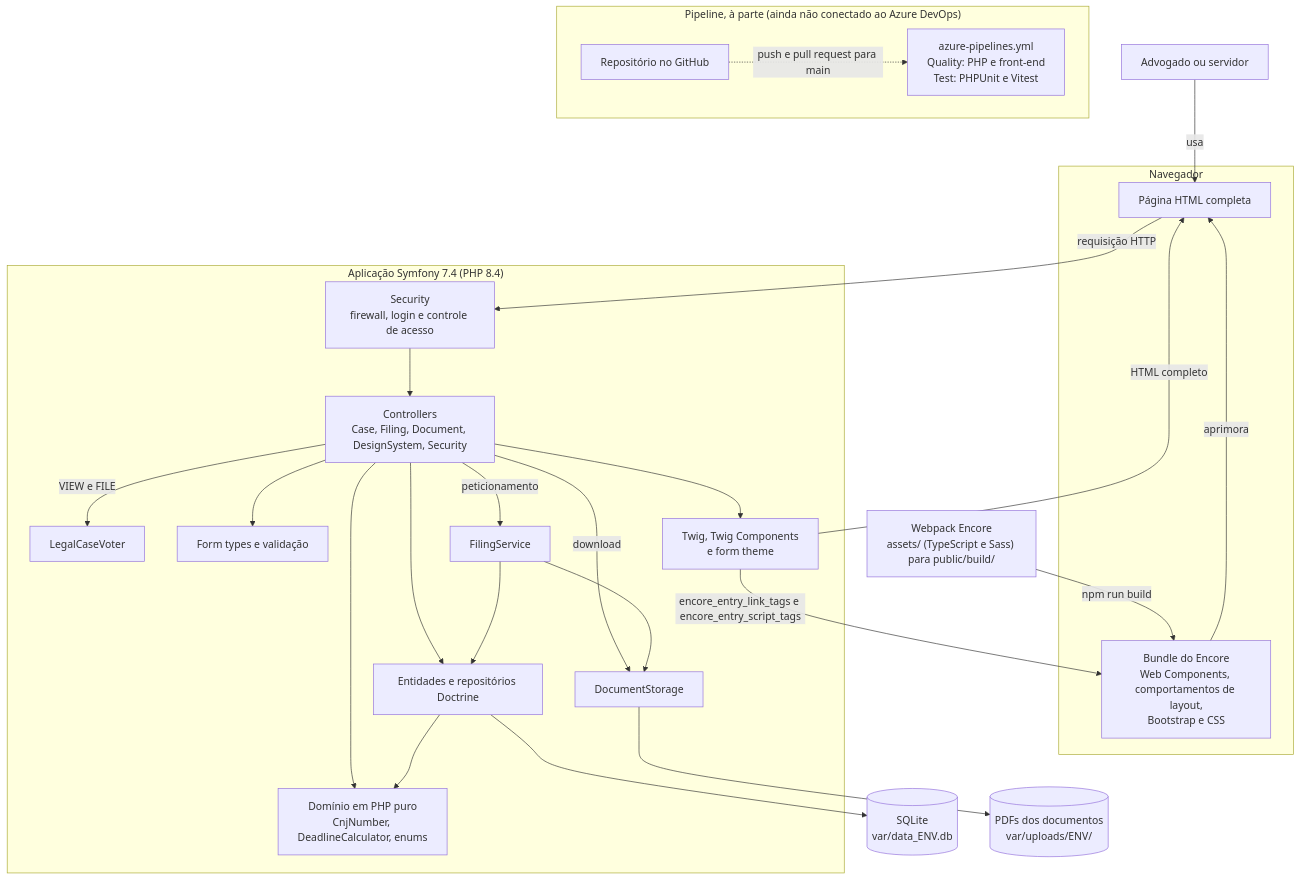
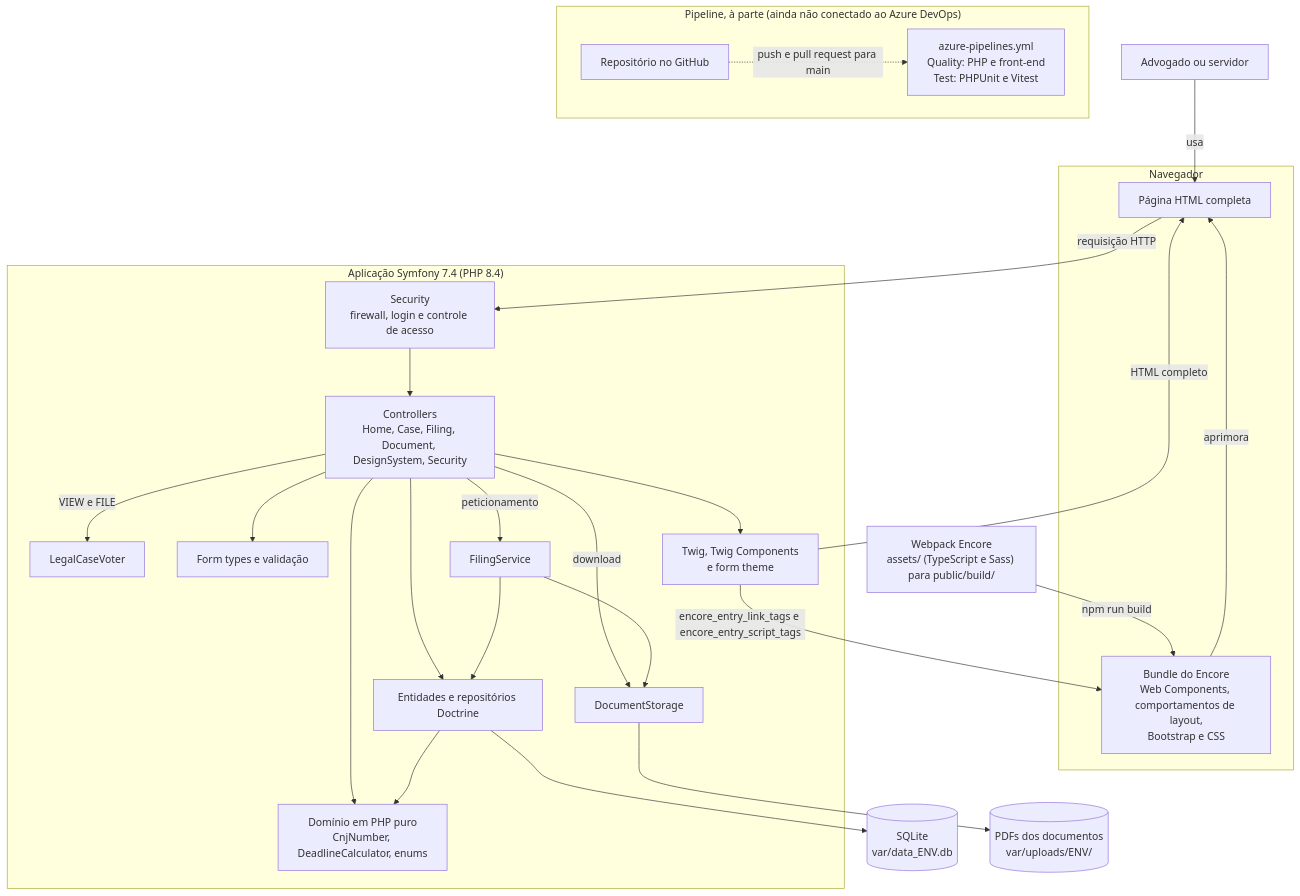
Before and after one commit to Hugueninfer/Jus: the diagram in docs/diagrams/contexto-e-containers.md, drawn with Mermaid. The commit also changed 6 other files, not shown here.

First line of the commit message:
docs: correct details in the decisions and diagrams

````diff
--- a/docs/diagrams/contexto-e-containers.md
+++ b/docs/diagrams/contexto-e-containers.md
@@ -7,52 +7,52 @@
 ```mermaid
 flowchart TD
     pessoa["Advogado ou servidor"]
 
     subgraph navegador["Navegador"]
         pagina["Página HTML completa"]
         bundle["Bundle do Encore<br/>Web Components, comportamentos de layout,<br/>Bootstrap e CSS"]
     end
 
     subgraph symfony["Aplicação Symfony 7.4 (PHP 8.4)"]
         seguranca["Security<br/>firewall, login e controle de acesso"]
         voter["LegalCaseVoter"]
-        controllers["Controllers<br/>Case, Filing, Document, DesignSystem, Security"]
+        controllers["Controllers<br/>Home, Case, Filing, Document, DesignSystem, Security"]
         forms["Form types e validação"]
         templates["Twig, Twig Components<br/>e form theme"]
         dominio["Domínio em PHP puro<br/>CnjNumber, DeadlineCalculator, enums"]
         repos["Entidades e repositórios Doctrine"]
         filing["FilingService"]
         storage["DocumentStorage"]
     end
 
     sqlite[("SQLite<br/>var/data_ENV.db")]
     pdfs[("PDFs dos documentos<br/>var/uploads/ENV/")]
     encore["Webpack Encore<br/>assets/ (TypeScript e Sass) para public/build/"]
 
     pessoa -->|"usa"| pagina
     pagina -->|"requisição HTTP"| seguranca
     seguranca --> controllers
     controllers --> forms
     controllers -->|"VIEW e FILE"| voter
     controllers --> dominio
     controllers --> repos
     controllers -->|"peticionamento"| filing
     controllers -->|"download"| storage
     controllers --> templates
     templates -->|"HTML completo"| pagina
     templates -->|"encore_entry_link_tags e encore_entry_script_tags"| bundle
     bundle -->|"aprimora"| pagina
     encore -->|"npm run build"| bundle
     repos --> dominio
     repos --> sqlite
     filing --> storage
     filing --> repos
     storage --> pdfs
 
     subgraph pipeline["Pipeline, à parte (ainda não conectado ao Azure DevOps)"]
         github["Repositório no GitHub"]
         azure["azure-pipelines.yml<br/>Quality: PHP e front-end<br/>Test: PHPUnit e Vitest"]
     end
 
     github -.->|"push e pull request para main"| azure
 ```
````
